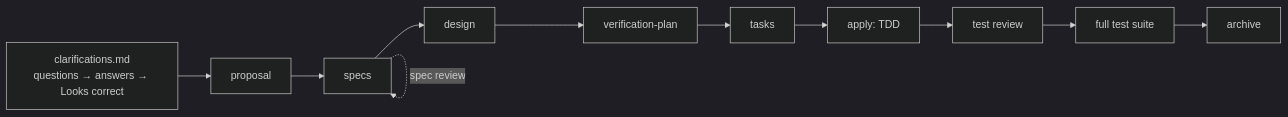
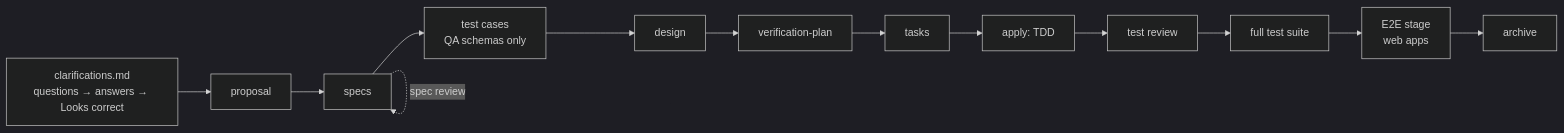
The diagram in README.md (cmdtorch/sdd_kit), drawn with Mermaid (dark theme) before and after one commit. The commit also changed other lines of this file and 289 other files, not shown here.

First line of the commit message:
Release 0.4.0: test cases, UI screenshots, E2E, autonomous apply, meta-repositories (beta) (#4)

````diff
--- a/README.md
+++ b/README.md
@@ -27,8 +38,8 @@
 ```mermaid
 flowchart LR
-  Q[clarifications.md<br/>questions → answers → Looks correct] --> P[proposal] --> S[specs] --> D[design] --> V[verification-plan] --> T[tasks]
+  Q[clarifications.md<br/>questions → answers → Looks correct] --> P[proposal] --> S[specs] --> C[test cases<br/>QA schemas only] --> D[design] --> V[verification-plan] --> T[tasks]
   T --> A[apply: TDD]
-  A --> R[test review] --> F[full test suite]
-  F --> X[archive]
+  A --> R[test review] --> F[full test suite] --> E[E2E stage<br/>web apps]
+  E --> X[archive]
   S -. spec review .-> S
 ```
````
